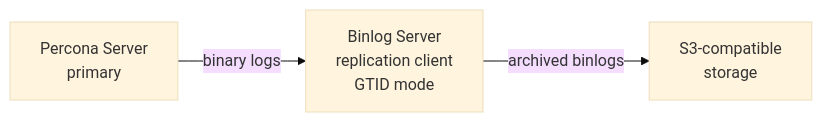
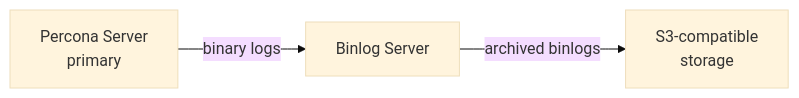
One commit to percona/k8sps-docs changed the diagram in docs/backups-pitr.md. Above: the diagram before and after it, drawn with Mermaid (base theme). The commit also changed other lines of this file and 13 other files, not shown here.

````diff
--- a/docs/backups-pitr.md
+++ b/docs/backups-pitr.md
@@ -35,8 +35,8 @@
 ```mermaid
 flowchart LR
         PS["Percona Server<br/>primary"]
-        BS["Binlog Server <br/> replication client <br/> GTID mode"]
+        BS["Binlog Server"]
         S3["S3-compatible<br/>storage"]
         PS -->|"binary logs"| BS
         BS -->|"archived binlogs"| S3
 ```
````
